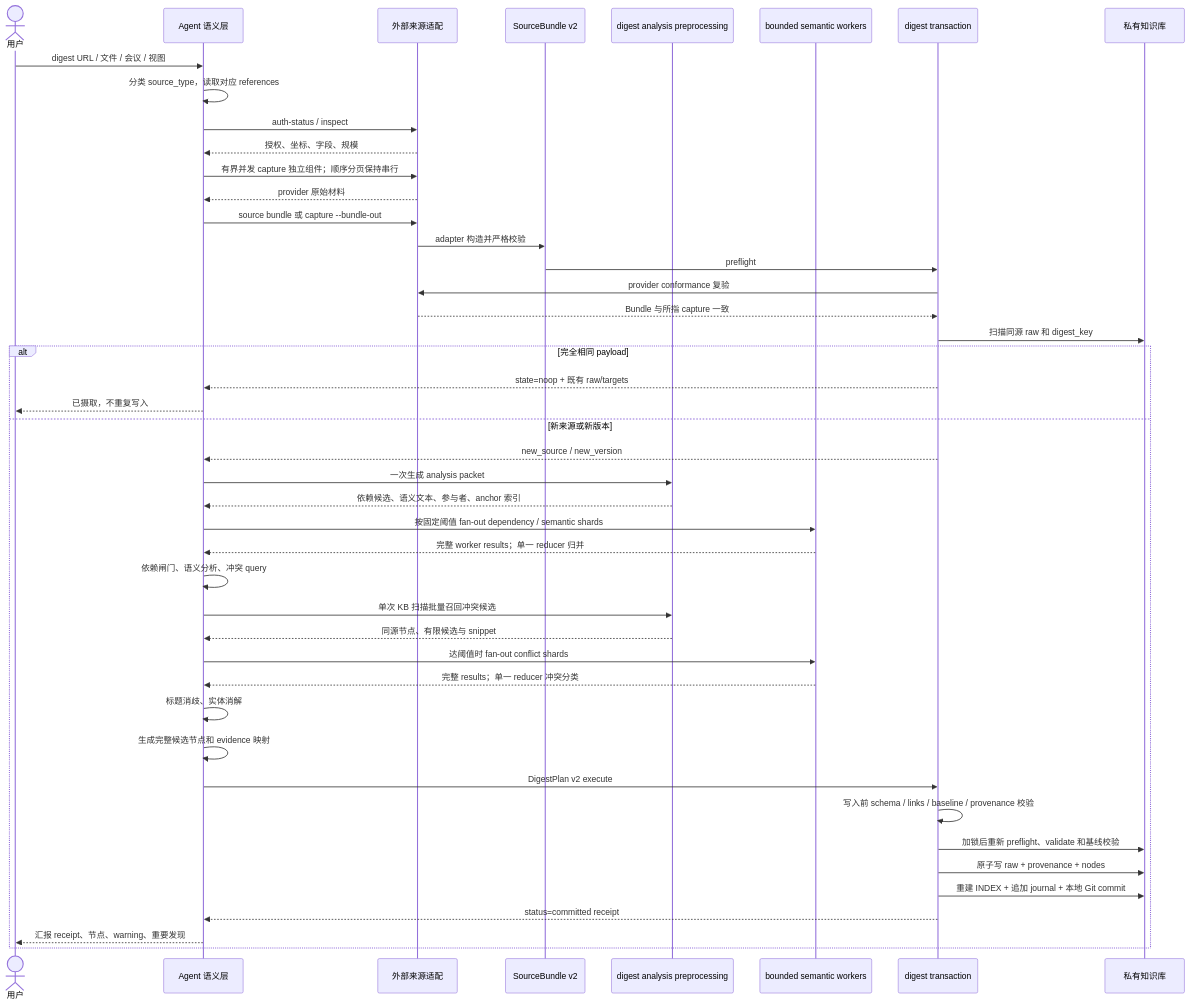
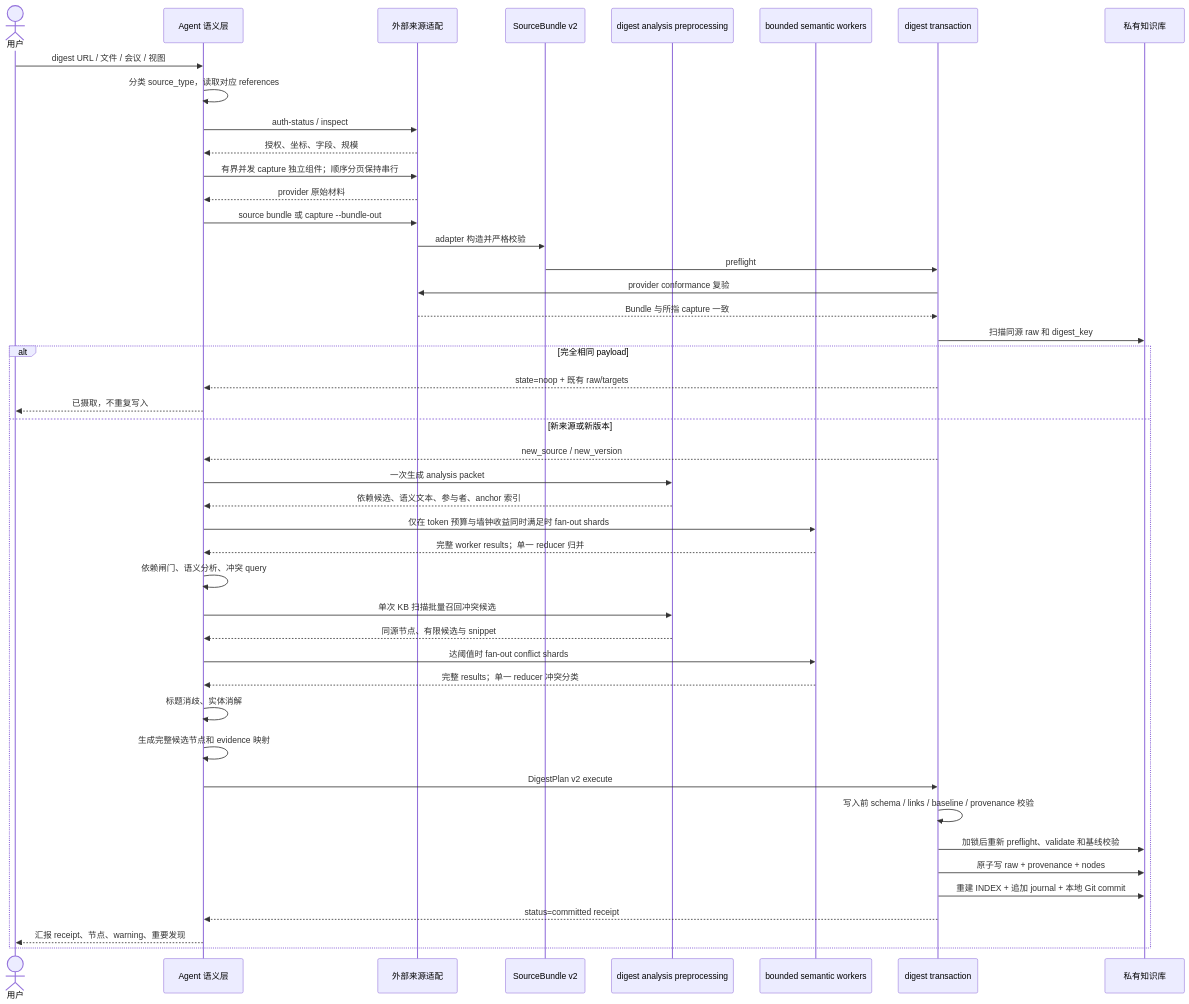
The fifth of 19 diagrams in docs/development/ARCHITECTURE.md (ranjiao/byteworker), drawn with Mermaid before and after one commit. The commit also changed other lines of this file and 36 other files, not shown here.

````diff
--- a/docs/development/ARCHITECTURE.md
+++ b/docs/development/ARCHITECTURE.md
@@ -179,49 +179,49 @@
 ```mermaid
 sequenceDiagram
     actor User as 用户
     participant Agent as Agent 语义层
     participant Source as 外部来源适配
     participant Bundle as SourceBundle v2
     participant Prep as digest analysis preprocessing
     participant Workers as bounded semantic workers
     participant Txn as digest transaction
     participant KB as 私有知识库
 
     User->>Agent: digest URL / 文件 / 会议 / 视图
     Agent->>Agent: 分类 source_type，读取对应 references
     Agent->>Source: auth-status / inspect
     Source-->>Agent: 授权、坐标、字段、规模
     Agent->>Source: 有界并发 capture 独立组件；顺序分页保持串行
     Source-->>Agent: provider 原始材料
     Agent->>Source: source bundle 或 capture --bundle-out
     Source->>Bundle: adapter 构造并严格校验
     Bundle->>Txn: preflight
     Txn->>Source: provider conformance 复验
     Source-->>Txn: Bundle 与所指 capture 一致
     Txn->>KB: 扫描同源 raw 和 digest_key
 
     alt 完全相同 payload
         Txn-->>Agent: state=noop + 既有 raw/targets
         Agent-->>User: 已摄取，不重复写入
     else 新来源或新版本
         Txn-->>Agent: new_source / new_version
         Agent->>Prep: 一次生成 analysis packet
         Prep-->>Agent: 依赖候选、语义文本、参与者、anchor 索引
-        Agent->>Workers: 按固定阈值 fan-out dependency / semantic shards
+        Agent->>Workers: 仅在 token 预算与墙钟收益同时满足时 fan-out shards
         Workers-->>Agent: 完整 worker results；单一 reducer 归并
         Agent->>Agent: 依赖闸门、语义分析、冲突 query
         Agent->>Prep: 单次 KB 扫描批量召回冲突候选
         Prep-->>Agent: 同源节点、有限候选与 snippet
         Agent->>Workers: 达阈值时 fan-out conflict shards
         Workers-->>Agent: 完整 results；单一 reducer 冲突分类
         Agent->>Agent: 标题消歧、实体消解
         Agent->>Agent: 生成完整候选节点和 evidence 映射
         Agent->>Txn: DigestPlan v2 execute
         Txn->>Txn: 写入前 schema / links / baseline / provenance 校验
         Txn->>KB: 加锁后重新 preflight、validate 和基线校验
         Txn->>KB: 原子写 raw + provenance + nodes
         Txn->>KB: 重建 INDEX + 追加 journal + 本地 Git commit
         Txn-->>Agent: status=committed receipt
         Agent-->>User: 汇报 receipt、节点、warning、重要发现
     end
 ```
````
